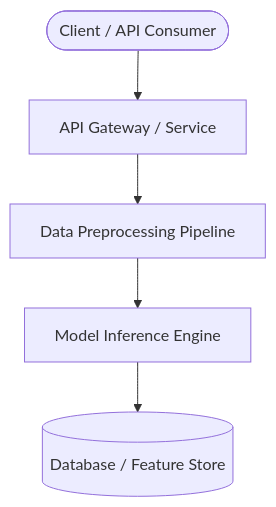
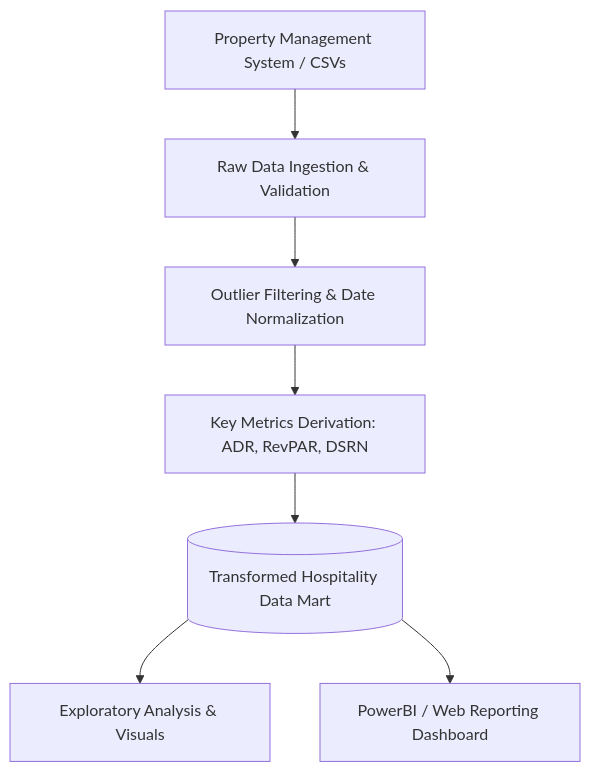
The diagram in courses/eda-in-hospitality-domain/architecture_and_notes/architecture.md (b-bhupendra/ai-engineering-and-data-science), drawn with Mermaid before and after one commit. The commit also changed other lines of this file and 100 other files, not shown here.

Commit message:
Add full showcase hospitality EDA article, SVG chart, and notebook

````diff
--- a/courses/eda-in-hospitality-domain/architecture_and_notes/architecture.md
+++ b/courses/eda-in-hospitality-domain/architecture_and_notes/architecture.md
@@ -11,7 +12,9 @@
 ```mermaid
 graph TD
-    Client([Client / API Consumer]) --> Gateway[API Gateway / Service]
-    Gateway --> Preprocessor[Data Preprocessing Pipeline]
-    Preprocessor --> Inference[Model Inference Engine]
-    Inference --> Storage[(Database / Feature Store)]
+    PMS[Property Management System / CSVs] --> Staging[Raw Data Ingestion &amp; Validation]
+    Staging --> Cleaner[Outlier Filtering &amp; Date Normalization]
+    Cleaner --> Transformer[Key Metrics Derivation: ADR, RevPAR, DSRN]
+    Transformer --> Storage[(Transformed Hospitality Data Mart)]
+    Storage --> EDA[Exploratory Analysis &amp; Visuals]
+    Storage --> Dashboard[PowerBI / Web Reporting Dashboard]
 ```
````
